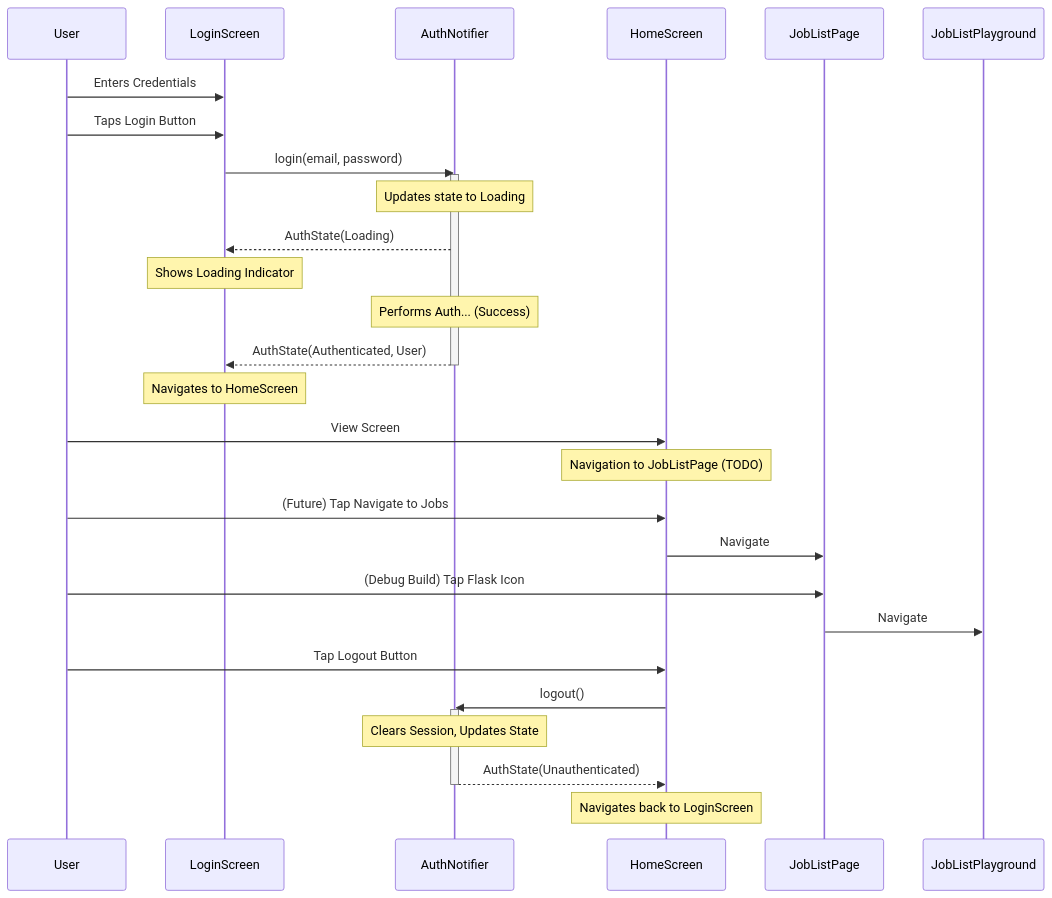
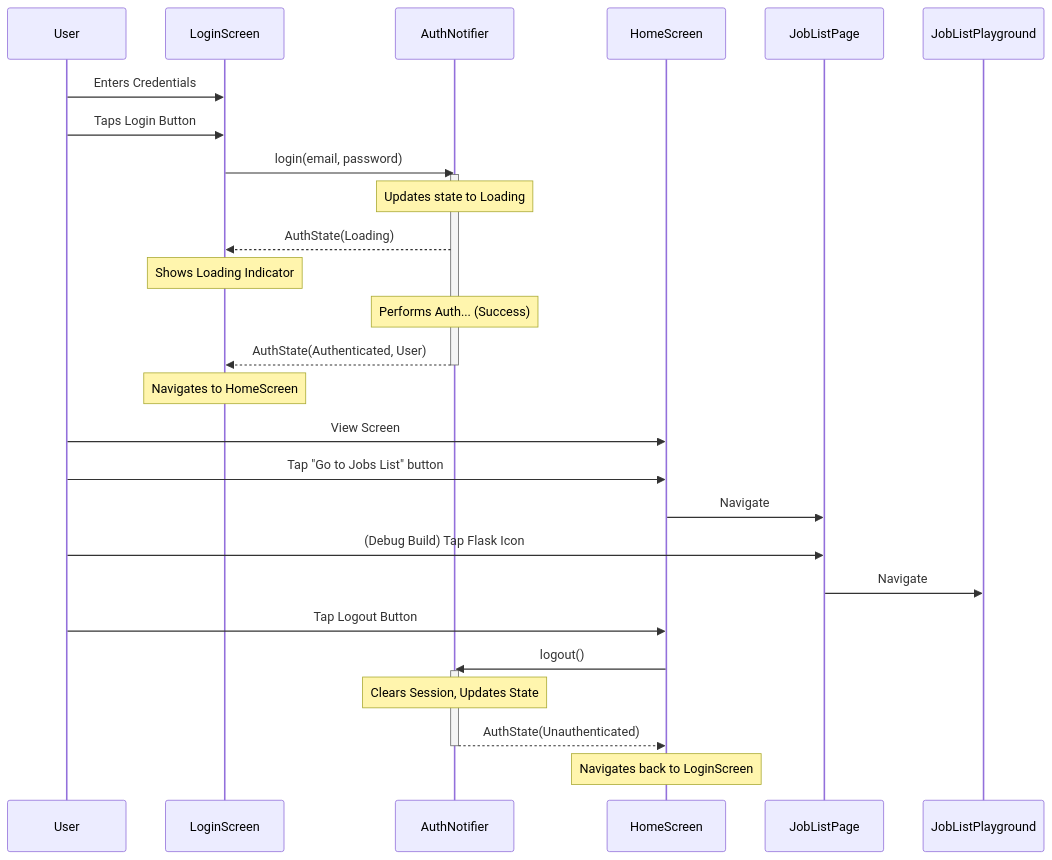
Before and after one commit to MediScribe/docjet-mobile: the second of 2 diagrams in docs/current/ui-screens-overview.md, drawn with Mermaid. The commit also changed other lines of this file and 2 other files, not shown here.

First line of the commit message:
Implement HomeScreen navigation to JobListPage

````diff
--- a/docs/current/ui-screens-overview.md
+++ b/docs/current/ui-screens-overview.md
@@ -31,41 +31,40 @@
 ```mermaid
 sequenceDiagram
     participant User
     participant LoginScreen
     participant AuthNotifier
     participant HomeScreen
     participant JobListPage
     participant JobListPlayground
 
     %% Login Flow
     User->>LoginScreen: Enters Credentials
     User->>LoginScreen: Taps Login Button
     LoginScreen->>AuthNotifier: login(email, password)
     activate AuthNotifier
     Note over AuthNotifier: Updates state to Loading
     AuthNotifier-->>LoginScreen: AuthState(Loading)
     Note over LoginScreen: Shows Loading Indicator
     Note over AuthNotifier: Performs Auth... (Success)
     AuthNotifier-->>LoginScreen: AuthState(Authenticated, User)
     deactivate AuthNotifier
     Note over LoginScreen: Navigates to HomeScreen
 
     %% Post-Login & Intended Navigation
     User->>HomeScreen: View Screen
-    Note over HomeScreen: Navigation to JobListPage (TODO)
-    User->>HomeScreen: (Future) Tap Navigate to Jobs
+    User->>HomeScreen: Tap "Go to Jobs List" button
     HomeScreen->>JobListPage: Navigate
 
     %% Debug Playground Navigation (Optional)
     User->>JobListPage: (Debug Build) Tap Flask Icon
     JobListPage->>JobListPlayground: Navigate
 
     %% Logout Flow
     User->>HomeScreen: Tap Logout Button
     HomeScreen->>AuthNotifier: logout()
     activate AuthNotifier
     Note over AuthNotifier: Clears Session, Updates State
     AuthNotifier-->>HomeScreen: AuthState(Unauthenticated)
     deactivate AuthNotifier
     Note over HomeScreen: Navigates back to LoginScreen
 ```
````
